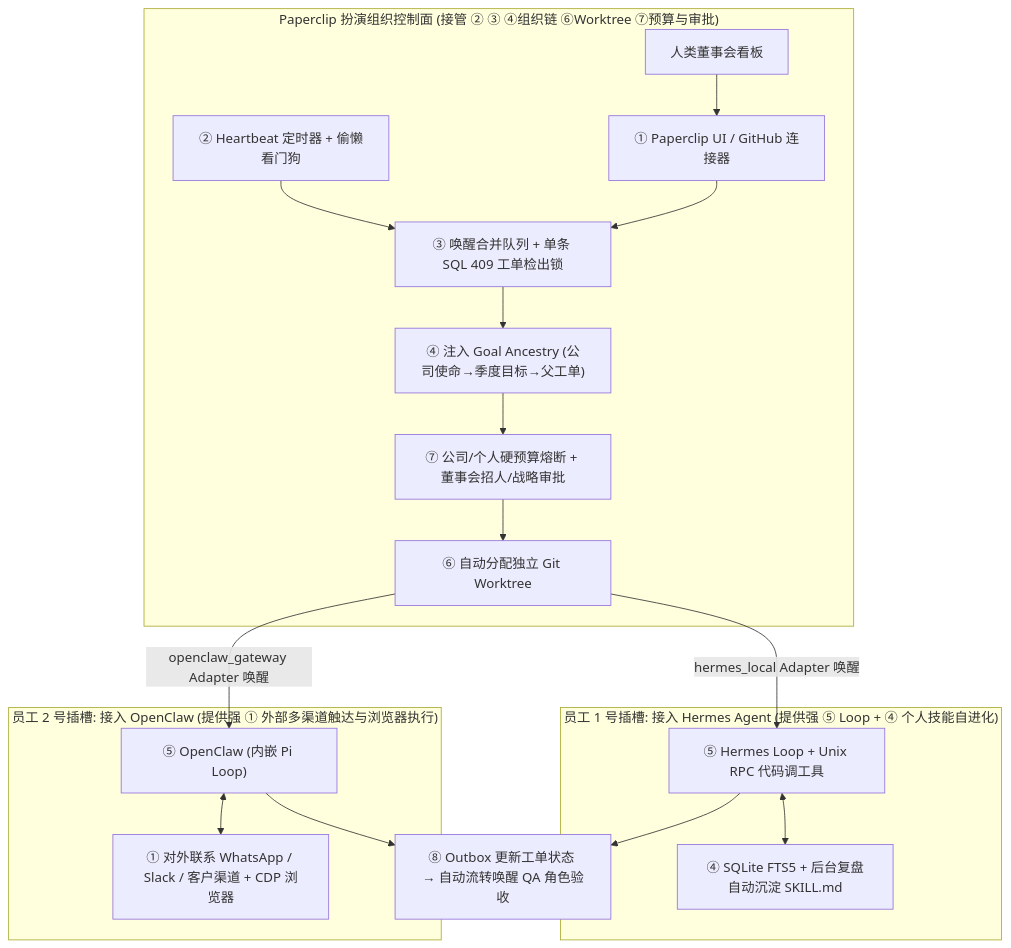
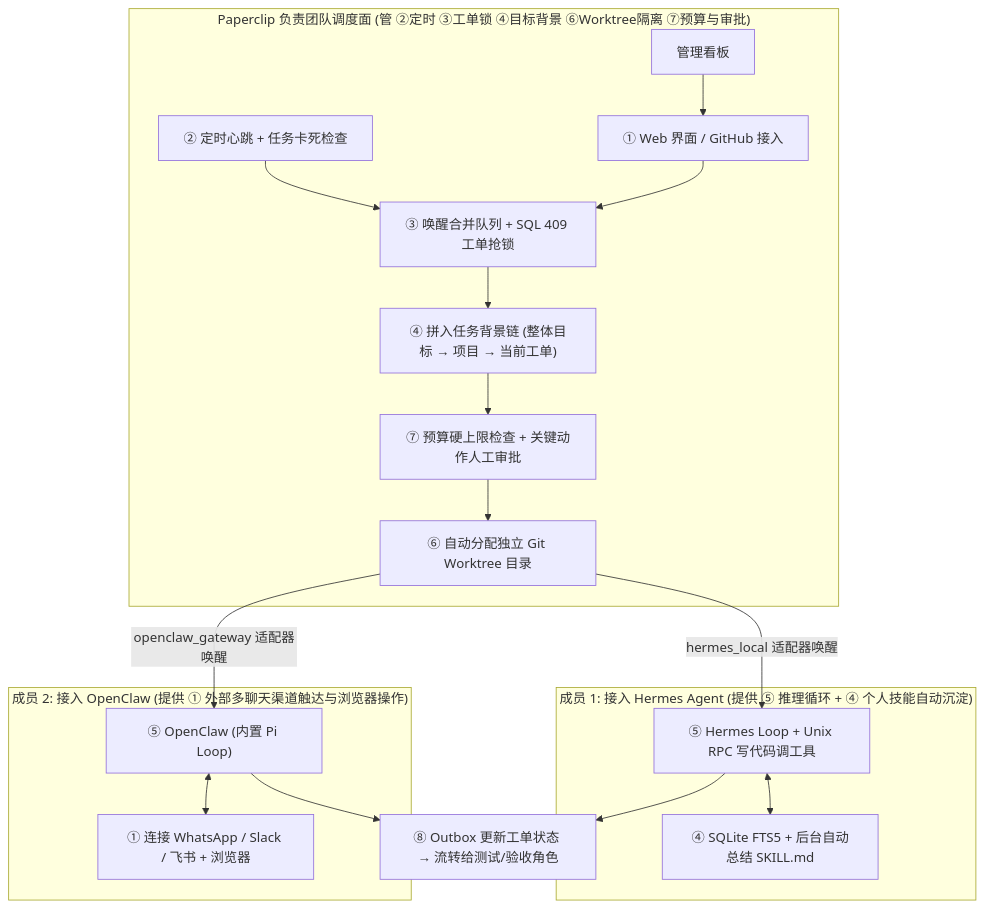
Before and after one commit to project-aoi/ng-agents: the third of 3 diagrams in docs/02-atomic-kernel-architecture.md, drawn with Mermaid. The commit also changed other lines of this file and 4 other files, not shown here.

````diff
--- a/docs/02-atomic-kernel-architecture.md
+++ b/docs/02-atomic-kernel-architecture.md
@@ -226,24 +226,24 @@
 ```mermaid
 flowchart TB
-    subgraph OrgPlane["Paperclip 扮演组织控制面 (接管 ② ③ ④组织链 ⑥Worktree ⑦预算与审批)"]
-        Board["人类董事会看板"] --> PCh["① Paperclip UI / GitHub 连接器"]
-        PClock["② Heartbeat 定时器 + 偷懒看门狗"] --> PInbox["③ 唤醒合并队列 + 单条 SQL 409 工单检出锁"]
+    subgraph OrgPlane["Paperclip 负责团队调度面 (管 ②定时 ③工单锁 ④目标背景 ⑥Worktree隔离 ⑦预算与审批)"]
+        Board["管理看板"] --> PCh["① Web 界面 / GitHub 接入"]
+        PClock["② 定时心跳 + 任务卡死检查"] --> PInbox["③ 唤醒合并队列 + SQL 409 工单抢锁"]
         PCh --> PInbox
-        PInbox --> PCtx["④ 注入 Goal Ancestry (公司使命→季度目标→父工单)"]
-        PCtx --> PGate["⑦ 公司/个人硬预算熔断 + 董事会招人/战略审批"]
-        PGate --> PWork["⑥ 自动分配独立 Git Worktree"]
+        PInbox --> PCtx["④ 拼入任务背景链 (整体目标 → 项目 → 当前工单)"]
+        PCtx --> PGate["⑦ 预算硬上限检查 + 关键动作人工审批"]
+        PGate --> PWork["⑥ 自动分配独立 Git Worktree 目录"]
     end
 
-    subgraph Worker1["员工 1 号插槽: 接入 Hermes Agent (提供强 ⑤ Loop + ④ 个人技能自进化)"]
-        PWork -->|"hermes_local Adapter 唤醒"| HLoop["⑤ Hermes Loop + Unix RPC 代码调工具"]
-        HLoop <--> HMem["④ SQLite FTS5 + 后台复盘自动沉淀 SKILL.md"]
+    subgraph Worker1["成员 1: 接入 Hermes Agent (提供 ⑤ 推理循环 + ④ 个人技能自动沉淀)"]
+        PWork -->|"hermes_local 适配器唤醒"| HLoop["⑤ Hermes Loop + Unix RPC 写代码调工具"]
+        HLoop <--> HMem["④ SQLite FTS5 + 后台自动总结 SKILL.md"]
     end
 
-    subgraph Worker2["员工 2 号插槽: 接入 OpenClaw (提供强 ① 外部多渠道触达与浏览器执行)"]
-        PWork -->|"openclaw_gateway Adapter 唤醒"| OLoop["⑤ OpenClaw (内嵌 Pi Loop)"]
-        OLoop <--> OChan["① 对外联系 WhatsApp / Slack / 客户渠道 + CDP 浏览器"]
+    subgraph Worker2["成员 2: 接入 OpenClaw (提供 ① 外部多聊天渠道触达与浏览器操作)"]
+        PWork -->|"openclaw_gateway 适配器唤醒"| OLoop["⑤ OpenClaw (内置 Pi Loop)"]
+        OLoop <--> OChan["① 连接 WhatsApp / Slack / 飞书 + 浏览器"]
     end
 
-    HLoop --> POut["⑧ Outbox 更新工单状态 → 自动流转唤醒 QA 角色验收"]
+    HLoop --> POut["⑧ Outbox 更新工单状态 → 流转给测试/验收角色"]
     OLoop --> POut
 ```
````
